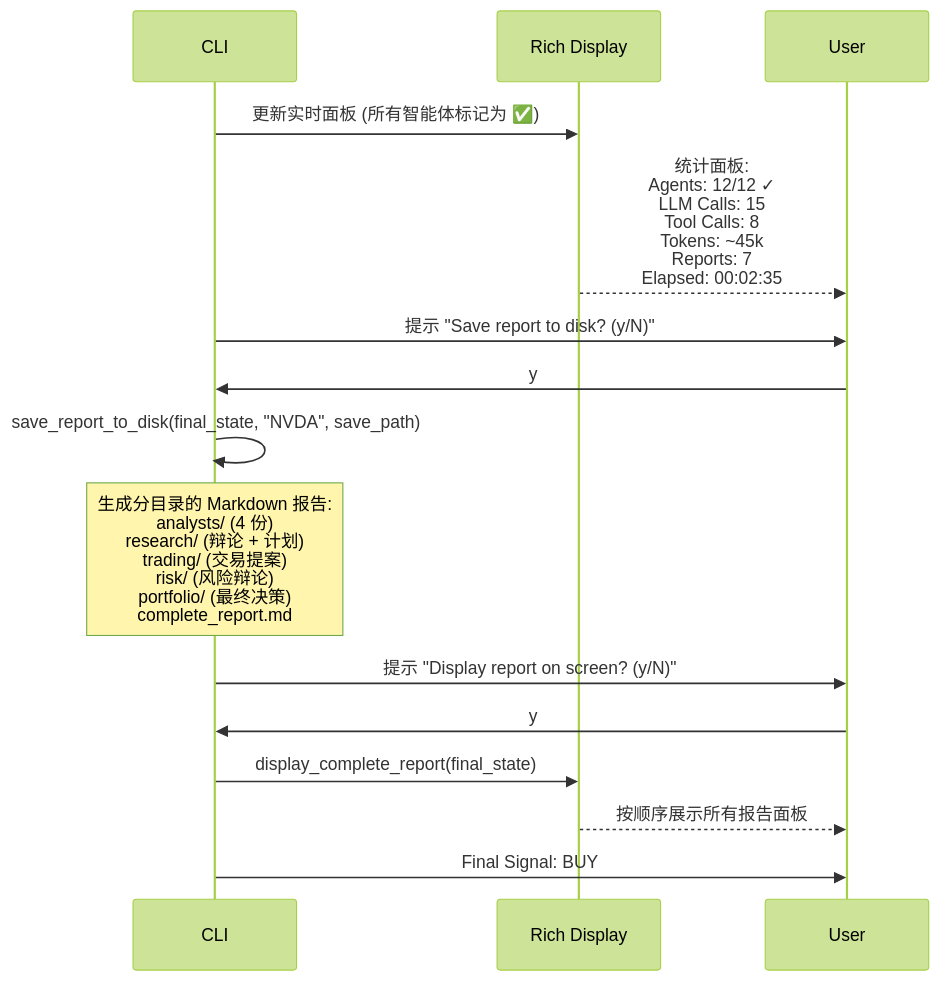
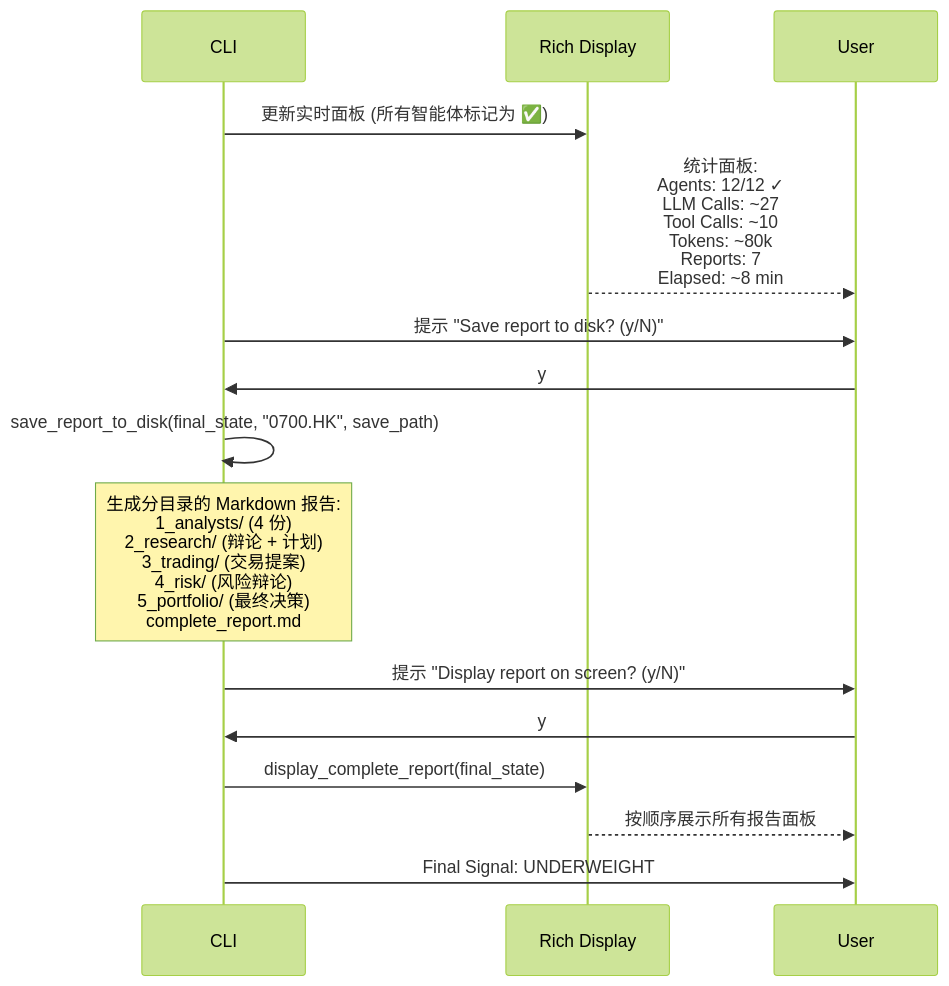
One commit to kindywu/TradingAgents changed diagram 11 of 12 in docs/端到端案例文档.md. Above: the diagram before and after it, drawn with Mermaid (forest theme). The commit also changed other lines of this file and 27 other files, not shown here.

````diff
--- a/docs/端到端案例文档.md
+++ b/docs/端到端案例文档.md
@@ -926,23 +890,23 @@
 ```mermaid
 sequenceDiagram
     participant CLI as CLI
     participant Rich as Rich Display
     participant User
 
     CLI->>Rich: 更新实时面板 (所有智能体标记为 ✅)
-    Rich-->>User: 统计面板:<br/>Agents: 12/12 ✓<br/>LLM Calls: 15<br/>Tool Calls: 8<br/>Tokens: ~45k<br/>Reports: 7<br/>Elapsed: 00:02:35
+    Rich-->>User: 统计面板:<br/>Agents: 12/12 ✓<br/>LLM Calls: ~27<br/>Tool Calls: ~10<br/>Tokens: ~80k<br/>Reports: 7<br/>Elapsed: ~8 min
 
     CLI->>User: 提示 "Save report to disk? (y/N)"
     User->>CLI: y
 
-    CLI->>CLI: save_report_to_disk(final_state, "NVDA", save_path)
-    Note over CLI: 生成分目录的 Markdown 报告:<br/>analysts/ (4 份)<br/>research/ (辩论 + 计划)<br/>trading/ (交易提案)<br/>risk/ (风险辩论)<br/>portfolio/ (最终决策)<br/>complete_report.md
+    CLI->>CLI: save_report_to_disk(final_state, "0700.HK", save_path)
+    Note over CLI: 生成分目录的 Markdown 报告:<br/>1_analysts/ (4 份)<br/>2_research/ (辩论 + 计划)<br/>3_trading/ (交易提案)<br/>4_risk/ (风险辩论)<br/>5_portfolio/ (最终决策)<br/>complete_report.md
 
     CLI->>User: 提示 "Display report on screen? (y/N)"
     User->>CLI: y
 
     CLI->>Rich: display_complete_report(final_state)
     Rich-->>User: 按顺序展示所有报告面板
 
-    CLI->>User: Final Signal: BUY
+    CLI->>User: Final Signal: UNDERWEIGHT
 ```
````
